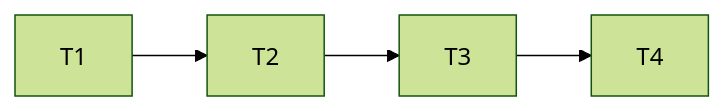
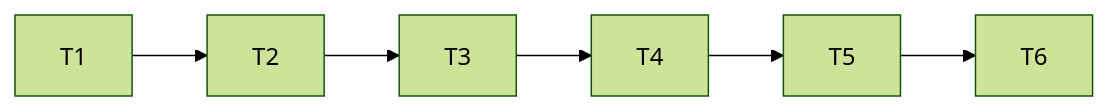
Before and after one commit to romulosutil/crm-silmer: the diagram in .specs/features/billing-simplified/tasks.md, drawn with Mermaid (forest theme). The commit also changed other lines of this file and 3 other files, not shown here.

````diff
--- a/.specs/features/billing-simplified/tasks.md
+++ b/.specs/features/billing-simplified/tasks.md
@@ -23,6 +23,8 @@
 ```mermaid
 flowchart LR
   T1 --> T2
   T2 --> T3
   T3 --> T4
+  T4 --> T5
+  T5 --> T6
 ```
````
